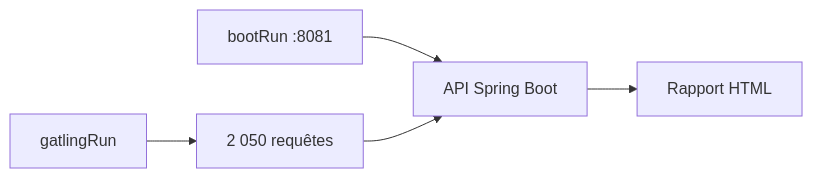
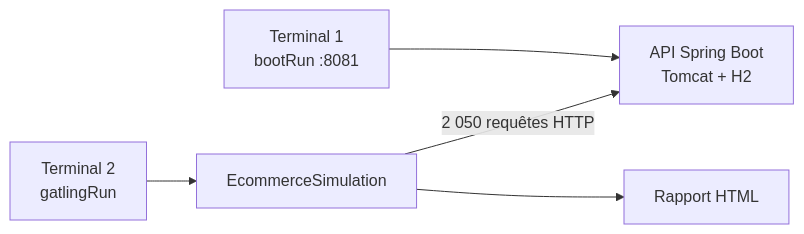
Before and after one commit to Moustapha-Ndoye-dev/e-commerce-api: the first of 2 diagrams in README.md, drawn with Mermaid. The commit also changed other lines of this file and 5 other files, not shown here.

````diff
--- a/README.md
+++ b/README.md
@@ -85,7 +105,7 @@
 ```mermaid
 flowchart LR
-    A[bootRun :8081] --> B[API Spring Boot]
-    C[gatlingRun] --> D[2 050 requêtes]
-    D --> B
-    B --> E[Rapport HTML]
+    T1[Terminal 1<br/>bootRun :8081] --> API[API Spring Boot<br/>Tomcat + H2]
+    T2[Terminal 2<br/>gatlingRun] --> SIM[EcommerceSimulation]
+    SIM -->|2 050 requêtes HTTP| API
+    SIM --> RAP[Rapport HTML]
 ```
````
